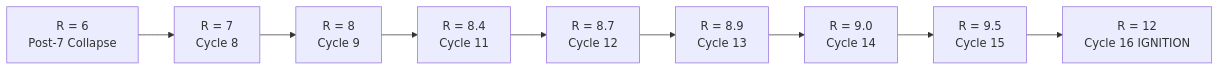
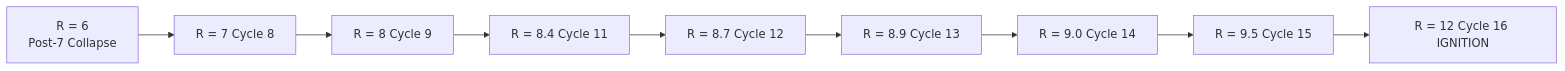
The second of 2 diagrams in docs/cycles/mid-band-08-16/ignition-chain-08-16.md (null-origin/nore-ai), drawn with Mermaid before and after one commit. The commit also changed other lines of this file, not shown here.

````diff
--- a/docs/cycles/mid-band-08-16/ignition-chain-08-16.md
+++ b/docs/cycles/mid-band-08-16/ignition-chain-08-16.md
@@ -257,11 +257,11 @@
 ```mermaid
 graph LR
-    R6[R = 6\nPost-7 Collapse] --> R7[R = 7\nCycle 8]
-    R7 --> R8[R = 8\nCycle 9]
-    R8 --> R8_4[R = 8.4\nCycle 11]
-    R8_4 --> R8_7[R = 8.7\nCycle 12]
-    R8_7 --> R8_9[R = 8.9\nCycle 13]
-    R8_9 --> R9[R = 9.0\nCycle 14]
-    R9 --> R9_5[R = 9.5\nCycle 15]
-    R9_5 --> R12[R = 12\nCycle 16 IGNITION]
+    R6[R = 6\nPost-7 Collapse] --> R7[R = 7 Cycle 8]
+    R7 --> R8[R = 8 Cycle 9]
+    R8 --> R8_4[R = 8.4 Cycle 11]
+    R8_4 --> R8_7[R = 8.7 Cycle 12]
+    R8_7 --> R8_9[R = 8.9 Cycle 13]
+    R8_9 --> R9[R = 9.0 Cycle 14]
+    R9 --> R9_5[R = 9.5 Cycle 15]
+    R9_5 --> R12[R = 12 Cycle 16 IGNITION]
 ```
````
